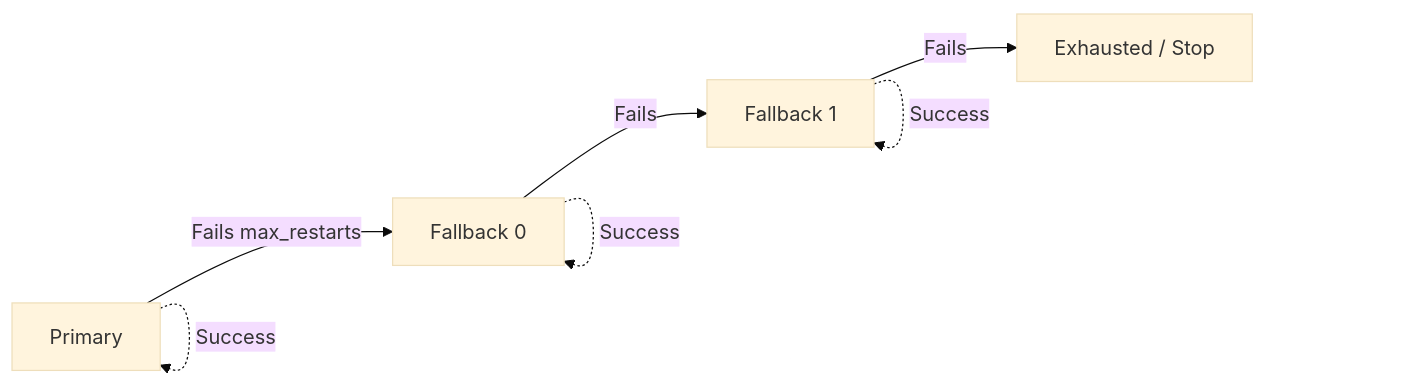
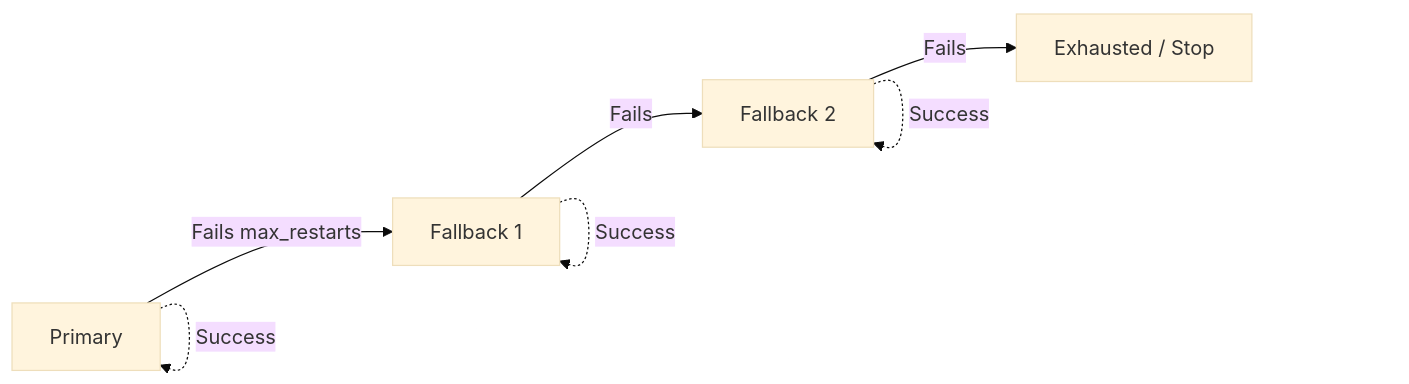
One commit to garnetlyx/crew changed the diagram in README.md. Above: the diagram before and after it, drawn with Mermaid (base theme). The commit also changed other lines of this file and 2 other files, not shown here.

````diff
--- a/README.md
+++ b/README.md
@@ -295,9 +295,9 @@
 ```mermaid
 flowchart LR
-    A[Primary] -->|Fails max_restarts| B[Fallback 0]
-    B -->|Fails| C[Fallback 1]
+    A[Primary] -->|Fails max_restarts| B[Fallback 1]
+    B -->|Fails| C[Fallback 2]
     C -->|Fails| D[Exhausted / Stop]
     A -.->|Success| A
     B -.->|Success| B
     C -.->|Success| C
 ```
````
